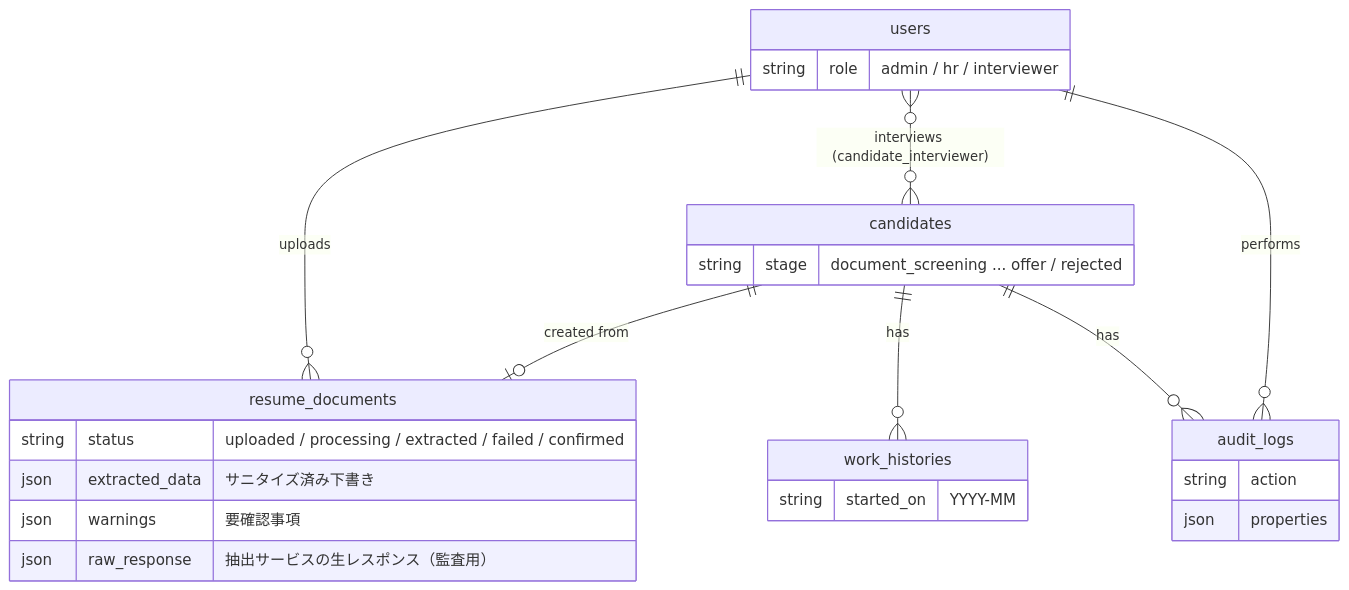
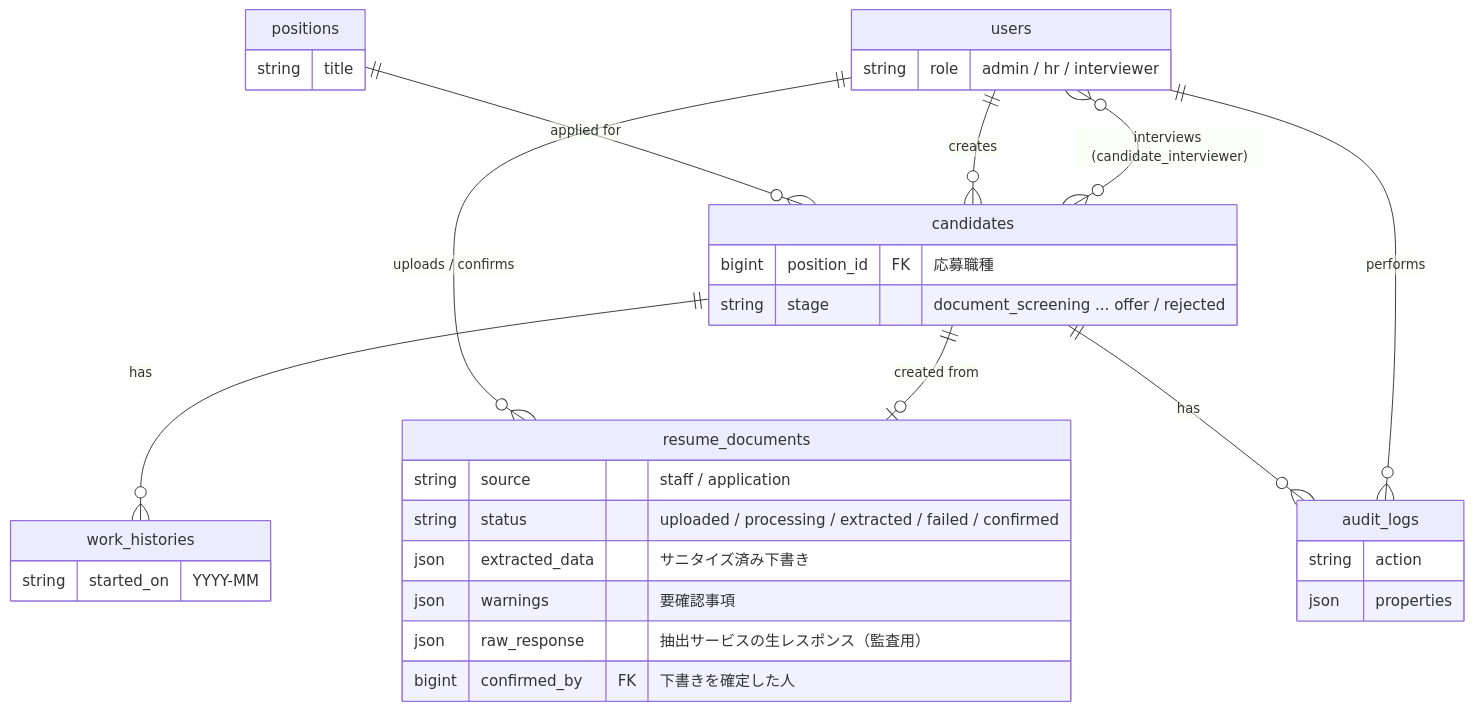
Before and after one commit to roymwxuk/mwx-laravel-candidate-hub: the second of 2 diagrams in README.md, drawn with Mermaid. The commit also changed other lines of this file and 1 other file, not shown here.

First line of the commit message:
Update the README data model and design notes to match the current schema

````diff
--- a/README.md
+++ b/README.md
@@ -57,20 +57,28 @@
 ```mermaid
 erDiagram
-    users ||--o{ resume_documents : uploads
+    positions ||--o{ candidates : "applied for"
+    users ||--o{ resume_documents : "uploads / confirms"
+    users ||--o{ candidates : creates
     users }o--o{ candidates : "interviews (candidate_interviewer)"
     candidates ||--o{ work_histories : has
     candidates ||--o| resume_documents : "created from"
     candidates ||--o{ audit_logs : has
     users ||--o{ audit_logs : performs
 
     users { string role "admin / hr / interviewer" }
+    positions { string title }
     resume_documents {
+        string source "staff / application"
         string status "uploaded / processing / extracted / failed / confirmed"
         json extracted_data "サニタイズ済み下書き"
         json warnings "要確認事項"
         json raw_response "抽出サービスの生レスポンス（監査用）"
+        bigint confirmed_by FK "下書きを確定した人"
     }
-    candidates { string stage "document_screening ... offer / rejected" }
+    candidates {
+        bigint position_id FK "応募職種"
+        string stage "document_screening ... offer / rejected"
+    }
     work_histories { string started_on "YYYY-MM" }
     audit_logs { string action  json properties }
 ```
````
